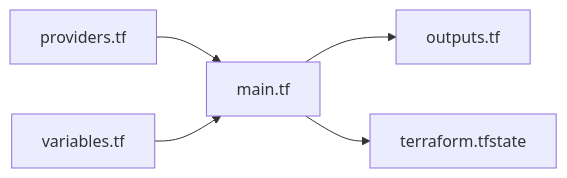
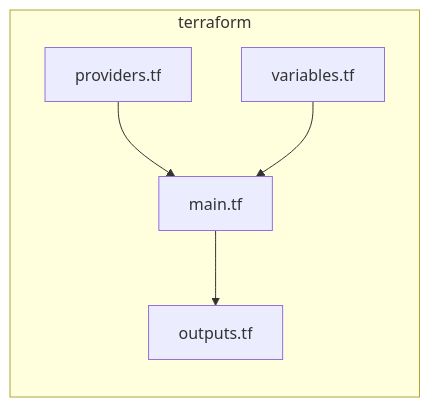
One commit to RaksaOC/Grand-Cineplex changed the fourth of 4 diagrams in REPORT.md. Above: the diagram before and after it, drawn with Mermaid. The commit also changed other lines of this file and 4 other files, not shown here.

````diff
--- a/REPORT.md
+++ b/REPORT.md
@@ -240,7 +310,12 @@
 ```mermaid
 flowchart LR
-  providers[providers.tf] --> main[main.tf]
-  variables[variables.tf] --> main
-  main --> outputs[outputs.tf]
-  main --> state[terraform.tfstate]
+  subgraph terraform
+    P[providers.tf]
+    V[variables.tf]
+    M[main.tf]
+    O[outputs.tf]
+  end
+  P --> M
+  V --> M
+  M --> O
 ```
````
